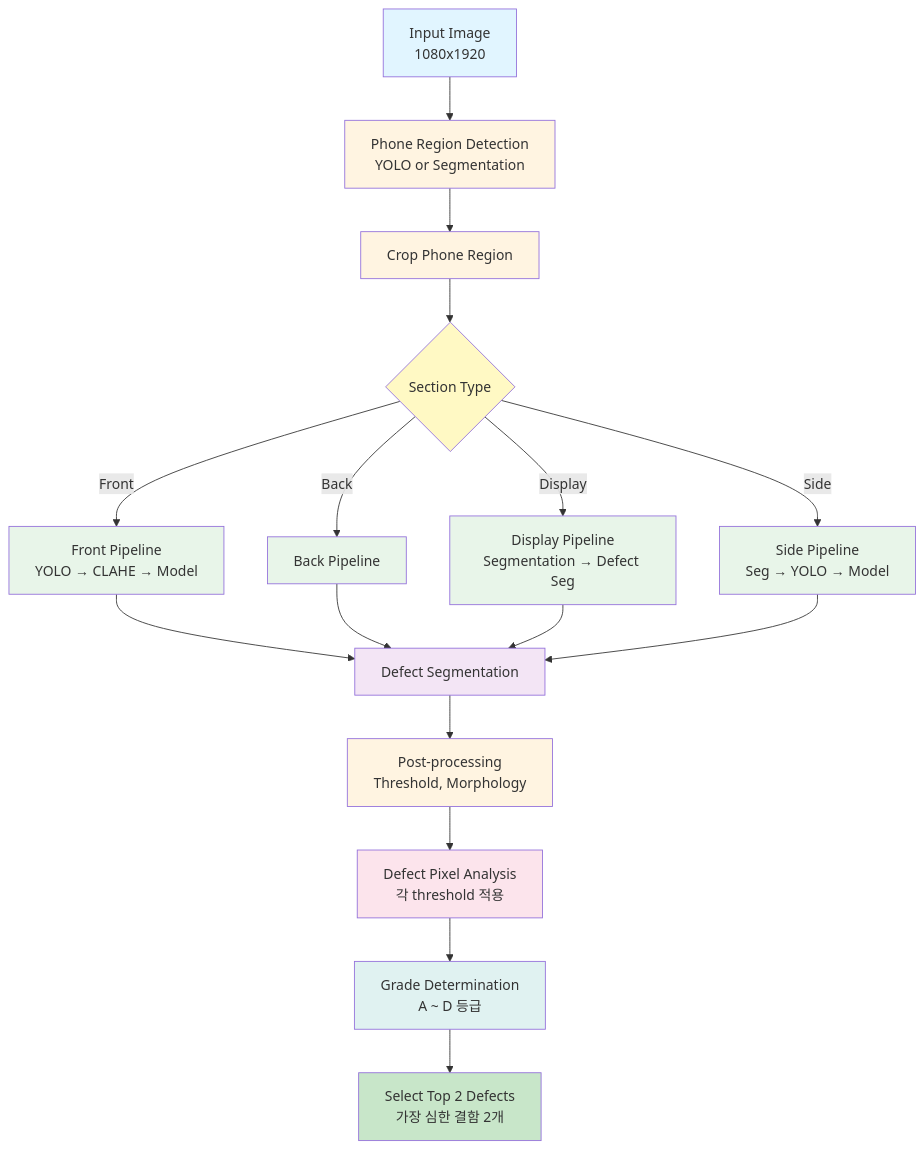
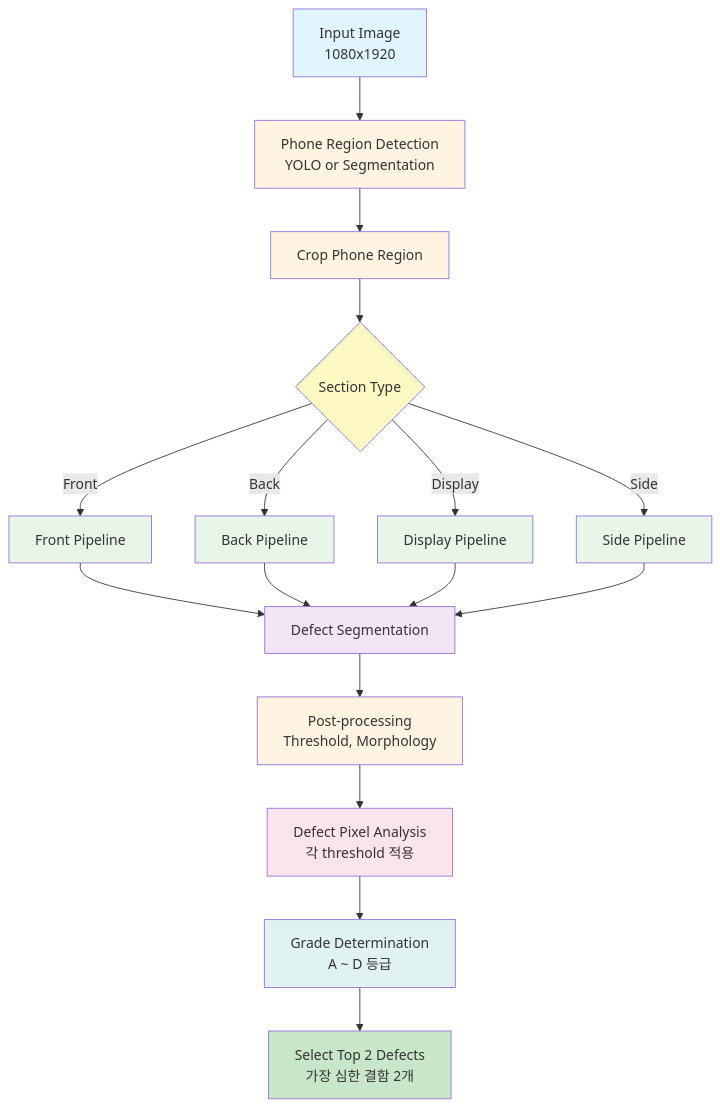
The first of 3 diagrams in phone_detect/README.md (yong-again/portfolio), drawn with Mermaid before and after one commit. The commit also changed other lines of this file and 12 other files, not shown here.

````diff
--- a/phone_detect/README.md
+++ b/phone_detect/README.md
@@ -22,32 +23,32 @@
 ```mermaid
 graph TD
     A[Input Image<br/>1080x1920] --> B[Phone Region Detection<br/>YOLO or Segmentation]
     B --> C[Crop Phone Region]
     C --> D{Section Type}
-    D -->|Front| E[Front Pipeline<br/>YOLO → CLAHE → Model]
+    D -->|Front| E[Front Pipeline]
     D -->|Back| F[Back Pipeline]
-    D -->|Display| G[Display Pipeline<br/>Segmentation → Defect Seg]
-    D -->|Side| H[Side Pipeline<br/>Seg → YOLO → Model]
+    D -->|Display| G[Display Pipeline<br/>]
+    D -->|Side| H[Side Pipeline]
     E --> I[Defect Segmentation]
     F --> I
     G --> I
     H --> I
     I --> J[Post-processing<br/>Threshold, Morphology]
     J --> K[Defect Pixel Analysis<br/>각 threshold 적용]
     K --> L[Grade Determination<br/>A ~ D 등급]
     L --> M[Select Top 2 Defects<br/>가장 심한 결함 2개]
     
     style A fill:#e1f5ff
     style B fill:#fff4e1
     style C fill:#fff4e1
     style D fill:#fff9c4
     style E fill:#e8f5e9
     style F fill:#e8f5e9
     style G fill:#e8f5e9
     style H fill:#e8f5e9
     style I fill:#f3e5f5
     style J fill:#fff4e1
     style K fill:#fce4ec
     style L fill:#e0f2f1
     style M fill:#c8e6c9
 ```
````
